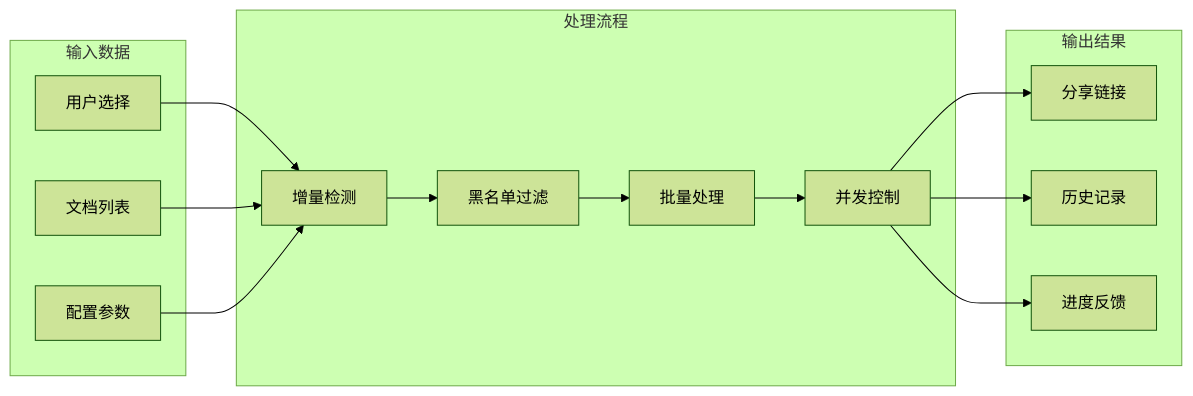
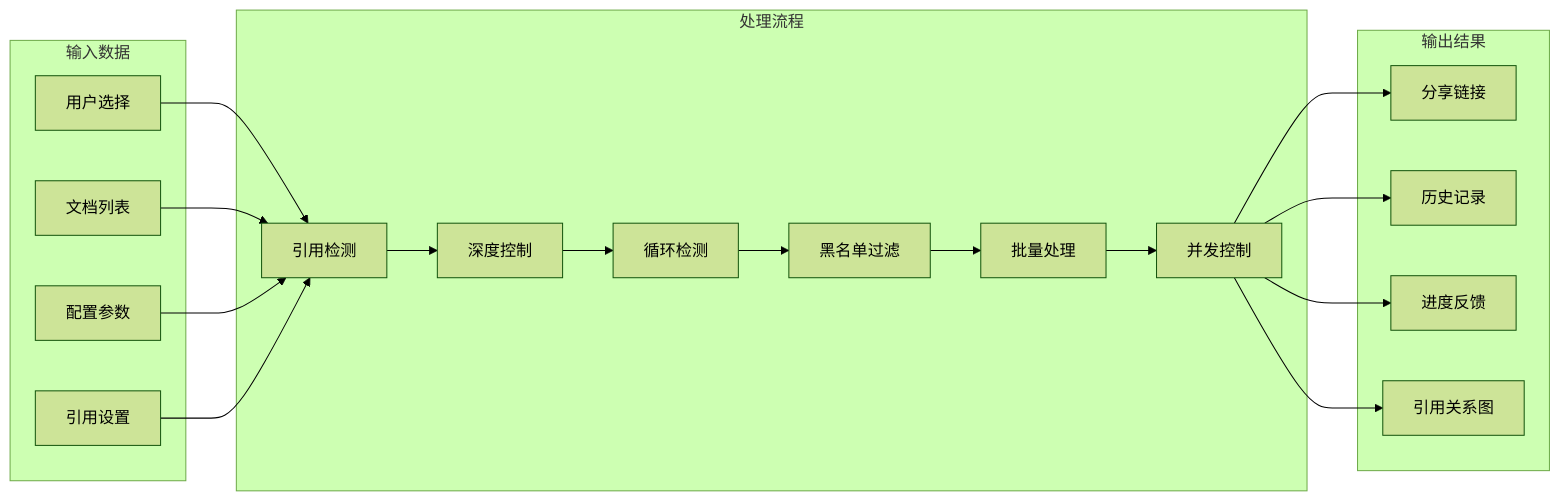
Before and after one commit to terwerinc/siyuan-plugin-share-pro: the tenth of 11 diagrams in .qoder/repowiki/zh/content/引用文档分享规范.md, drawn with Mermaid (forest theme). The commit also changed other lines of this file and 8 other files, not shown here.

````diff
--- a/.qoder/repowiki/zh/content/引用文档分享规范.md
+++ b/.qoder/repowiki/zh/content/引用文档分享规范.md
@@ -354,28 +502,36 @@
 ```mermaid
 flowchart LR
 subgraph "输入数据"
 A[用户选择]
 B[文档列表]
 C[配置参数]
+D[引用设置]
 end
 subgraph "处理流程"
-D[增量检测]
-E[黑名单过滤]
-F[批量处理]
-G[并发控制]
+E[引用检测]
+F[深度控制]
+G[循环检测]
+H[黑名单过滤]
+I[批量处理]
+J[并发控制]
 end
 subgraph "输出结果"
-H[分享链接]
-I[历史记录]
-J[进度反馈]
+K[分享链接]
+L[历史记录]
+M[进度反馈]
+N[引用关系图]
 end
-A --> D
-B --> D
-C --> D
+A --> E
+B --> E
+C --> E
 D --> E
 E --> F
 F --> G
 G --> H
-G --> I
-G --> J
+H --> I
+I --> J
+J --> K
+J --> L
+J --> M
+J --> N
 ```
````
